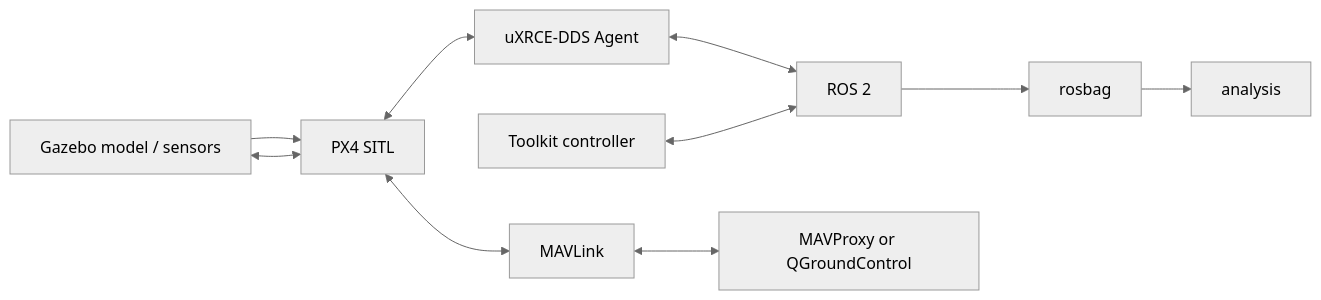
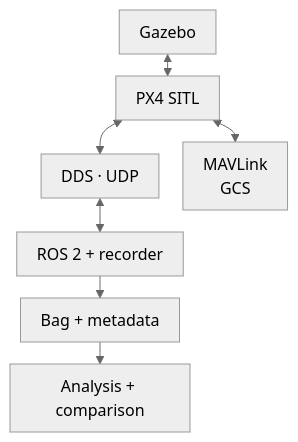
Before and after one commit to ANCL/px4-dev-toolkit: the first of 2 diagrams in docs/reference/architecture.md, drawn with Mermaid (neutral theme). The commit also changed other lines of this file and 212 other files, not shown here.

Commit message:
Simplify installation and toolkit architecture

````diff
--- a/docs/reference/architecture.md
+++ b/docs/reference/architecture.md
@@ -45,12 +14,18 @@
 ```mermaid
-flowchart LR
-    G[Gazebo model / sensors] --> P[PX4 SITL]
-    P <--> G
-    P <--> X[uXRCE-DDS Agent]
-    X <--> R[ROS 2]
-    C[Toolkit controller] <--> R
-    P <--> M[MAVLink]
-    M <--> MP[MAVProxy or QGroundControl]
-    R --> B[rosbag]
-    B --> A[analysis]
+---
+config:
+  flowchart:
+    useMaxWidth: false
+    wrappingWidth: 140
+    padding: 10
+    rankSpacing: 22
+    nodeSpacing: 24
+---
+flowchart TB
+    G["Gazebo"] <--> P["PX4 SITL"]
+    P <--> X["DDS · UDP"]
+    X <--> R["ROS 2 + recorder"]
+    P <--> M["MAVLink<br/>GCS"]
+    R --> B["Bag + metadata"]
+    B --> A["Analysis + comparison"]
 ```
````
